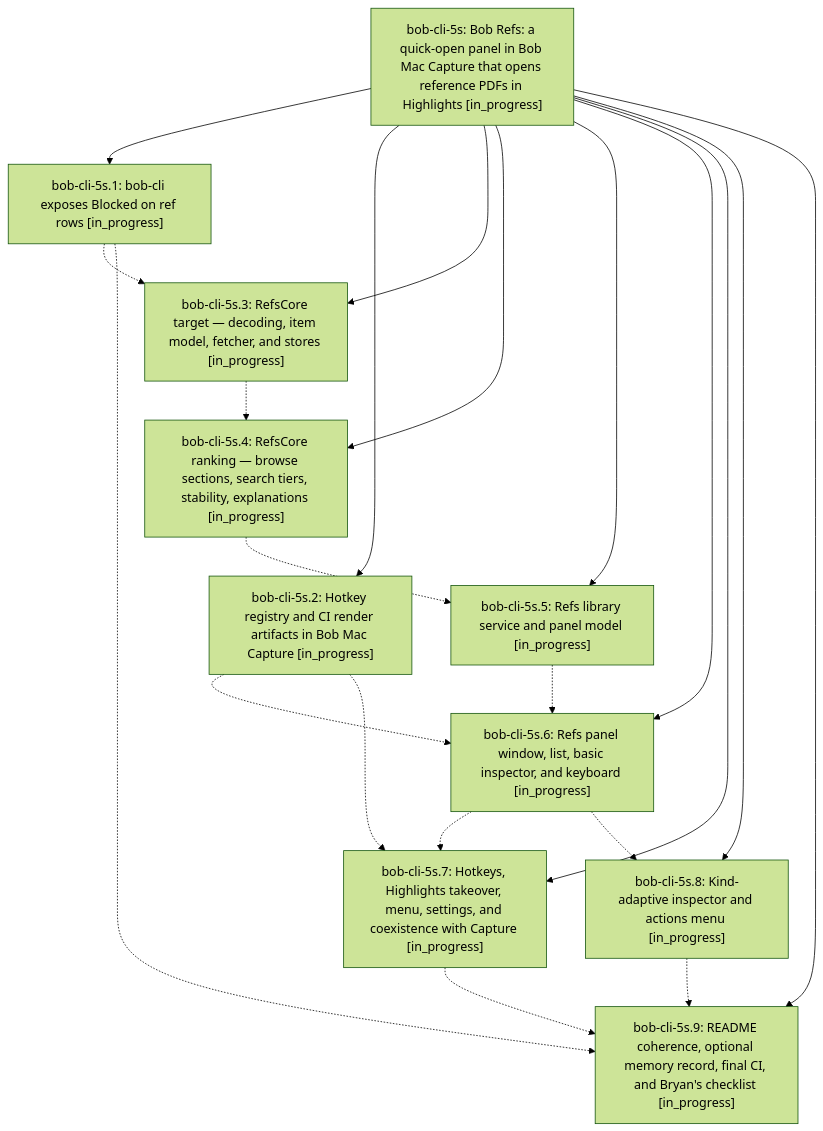
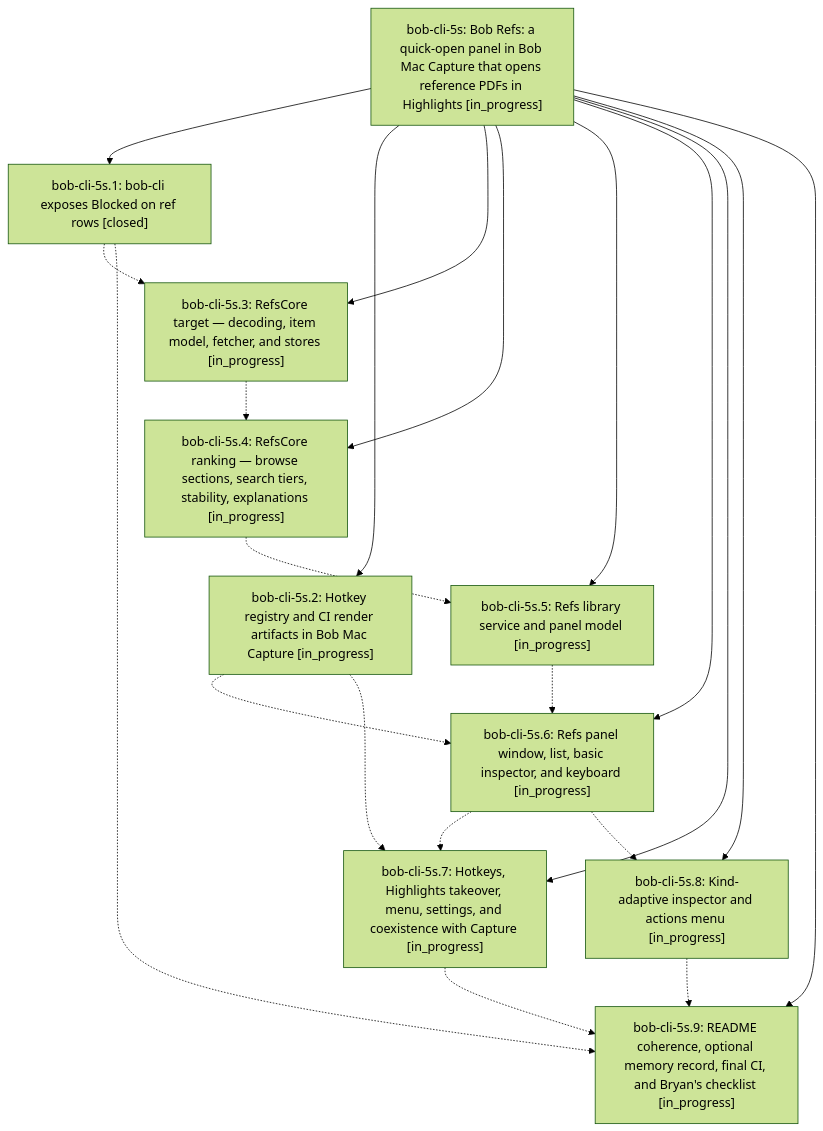
The diagram in pages/bob-cli-5s/README.md (bobs-org/bob-cli--beads), drawn with Mermaid (forest theme) before and after one commit. The commit also changed other lines of this file and 4 other files, not shown here.

First line of the commit message:
chore(beads): sync bead state and pages for bob-cli-5s

````diff
--- a/pages/bob-cli-5s/README.md
+++ b/pages/bob-cli-5s/README.md
@@ -44,33 +44,33 @@
 ```mermaid
 flowchart TD
     n0["bob-cli-5s: Bob Refs: a quick-open panel in Bob Mac Capture that opens reference PDFs in Highlights [in_progress]"]
-    n1["bob-cli-5s.1: bob-cli exposes Blocked on ref rows [in_progress]"]
+    n1["bob-cli-5s.1: bob-cli exposes Blocked on ref rows [closed]"]
     n2["bob-cli-5s.2: Hotkey registry and CI render artifacts in Bob Mac Capture [in_progress]"]
     n3["bob-cli-5s.3: RefsCore target — decoding, item model, fetcher, and stores [in_progress]"]
     n4["bob-cli-5s.4: RefsCore ranking — browse sections, search tiers, stability, explanations [in_progress]"]
     n5["bob-cli-5s.5: Refs library service and panel model [in_progress]"]
     n6["bob-cli-5s.6: Refs panel window, list, basic inspector, and keyboard [in_progress]"]
     n7["bob-cli-5s.7: Hotkeys, Highlights takeover, menu, settings, and coexistence with Capture [in_progress]"]
     n8["bob-cli-5s.8: Kind-adaptive inspector and actions menu [in_progress]"]
     n9["bob-cli-5s.9: README coherence, optional memory record, final CI, and Bryan's checklist [in_progress]"]
     n0 --> n1
     n0 --> n2
     n0 --> n3
     n0 --> n4
     n0 --> n5
     n0 --> n6
     n0 --> n7
     n0 --> n8
     n0 --> n9
     n1 -.-> n3
     n1 -.-> n9
     n2 -.-> n6
     n2 -.-> n7
     n3 -.-> n4
     n4 -.-> n5
     n5 -.-> n6
     n6 -.-> n7
     n6 -.-> n8
     n7 -.-> n9
     n8 -.-> n9
 ```
````
